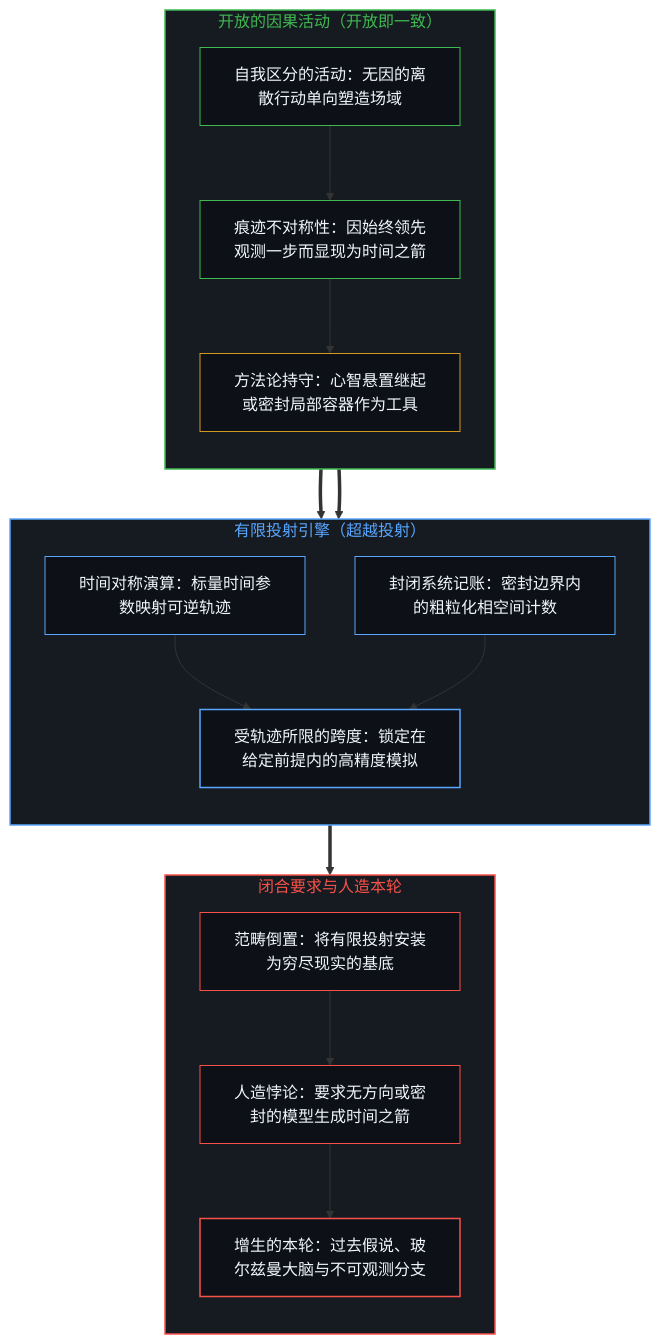
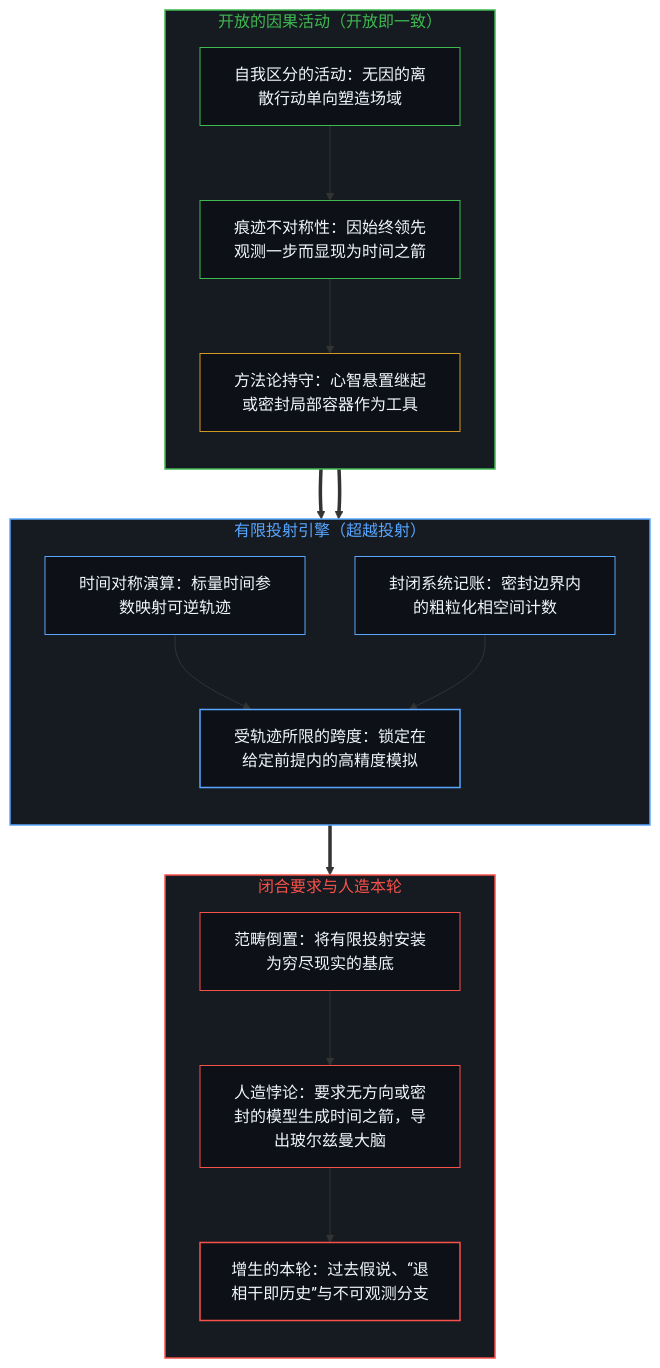
One commit to powerpig99/not-a-toe changed the first of 2 diagrams in content/posts/the-mirage-of-times-arrow-and-the-boundaries-of-simulation.md. Above: the diagram before and after it, drawn with Mermaid. The commit also changed other lines of this file and 5 other files, not shown here.

````diff
--- a/content/posts/the-mirage-of-times-arrow-and-the-boundaries-of-simulation.md
+++ b/content/posts/the-mirage-of-times-arrow-and-the-boundaries-of-simulation.md
@@ -27,40 +27,40 @@
 ```mermaid
 flowchart TD
     subgraph S_OpenEdge ["开放的因果活动（开放即一致）"]
         direction TB
         O_Act["自我区分的活动：无因的离散行动单向塑造场域"]
         O_Asym["痕迹不对称性：因始终领先观测一步而显现为时间之箭"]
         O_Hold["方法论持守：心智悬置继起或密封局部容器作为工具"]
         O_Act --> O_Asym --> O_Hold
     end
     subgraph S_Projection ["有限投射引擎（超越投射）"]
         direction TB
         P_Sym["时间对称演算：标量时间参数映射可逆轨迹"]
         P_Box["封闭系统记账：密封边界内的粗粒化相空间计数"]
         P_Limit["受轨迹所限的跨度：锁定在给定前提内的高精度模拟"]
         P_Sym --> P_Limit
         P_Box --> P_Limit
     end
     subgraph S_Inversion ["闭合要求与人造本轮"]
         direction TB
         I_Reify["范畴倒置：将有限投射安装为穷尽现实的基底"]
-        I_Paradox["人造悖论：要求无方向或密封的模型生成时间之箭"]
-        I_Patch["增生的本轮：过去假说、玻尔兹曼大脑与不可观测分支"]
+        I_Paradox["人造悖论：要求无方向或密封的模型生成时间之箭，导出玻尔兹曼大脑"]
+        I_Patch["增生的本轮：过去假说、“退相干即历史”与不可观测分支"]
         I_Reify --> I_Paradox --> I_Patch
     end
     O_Hold ==> P_Sym
     O_Hold ==> P_Box
     P_Limit ==> I_Reify
     style S_OpenEdge fill:#161b22,stroke:#3fb950,stroke-width:1.5px,color:#3fb950
     style S_Projection fill:#161b22,stroke:#58a6ff,stroke-width:1.5px,color:#58a6ff
     style S_Inversion fill:#161b22,stroke:#f85149,stroke-width:1.5px,color:#f85149
     style O_Act fill:#0d1117,stroke:#3fb950,stroke-width:1px,color:#f0f6fc
     style O_Asym fill:#0d1117,stroke:#3fb950,stroke-width:1px,color:#f0f6fc
     style O_Hold fill:#0d1117,stroke:#d29922,stroke-width:1px,color:#f0f6fc
     style P_Sym fill:#0d1117,stroke:#58a6ff,stroke-width:1px,color:#f0f6fc
     style P_Box fill:#0d1117,stroke:#58a6ff,stroke-width:1px,color:#f0f6fc
     style P_Limit fill:#0d1117,stroke:#58a6ff,stroke-width:1.5px,color:#f0f6fc
     style I_Reify fill:#0d1117,stroke:#f85149,stroke-width:1px,color:#f0f6fc
     style I_Paradox fill:#0d1117,stroke:#f85149,stroke-width:1px,color:#f0f6fc
     style I_Patch fill:#0d1117,stroke:#f85149,stroke-width:1.5px,color:#f0f6fc
 ```
````
